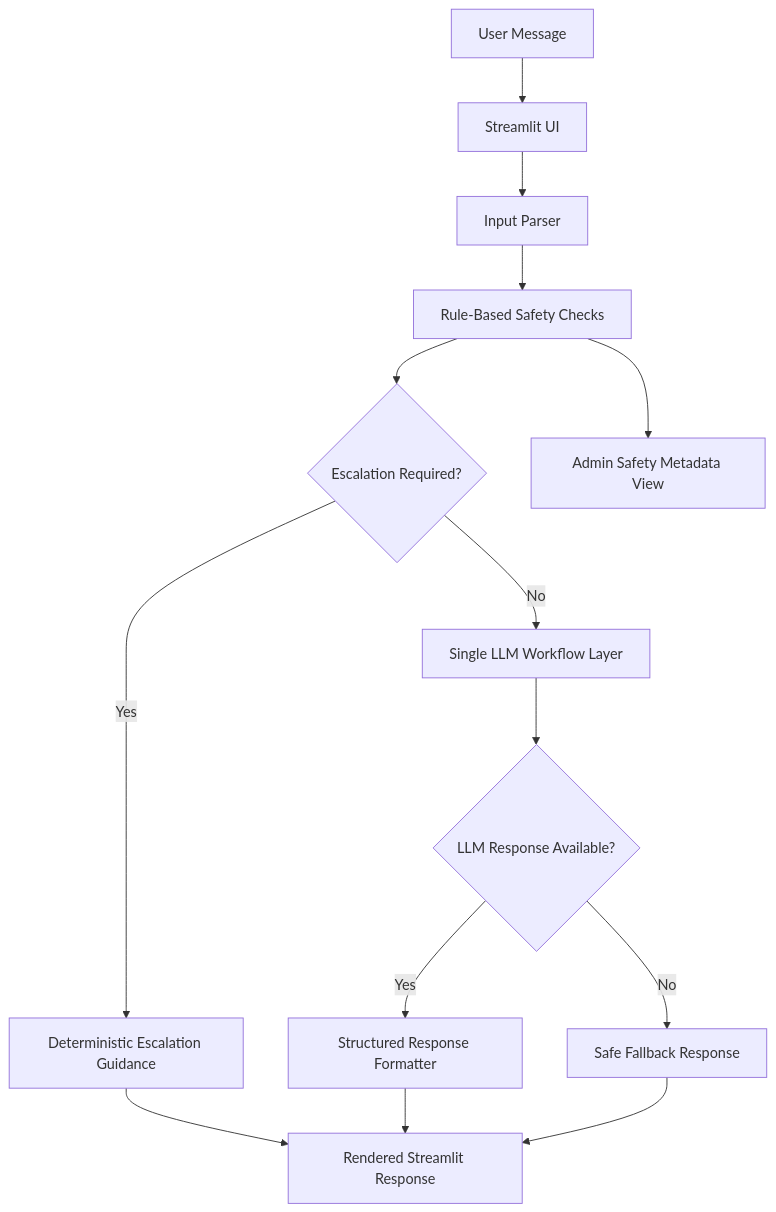
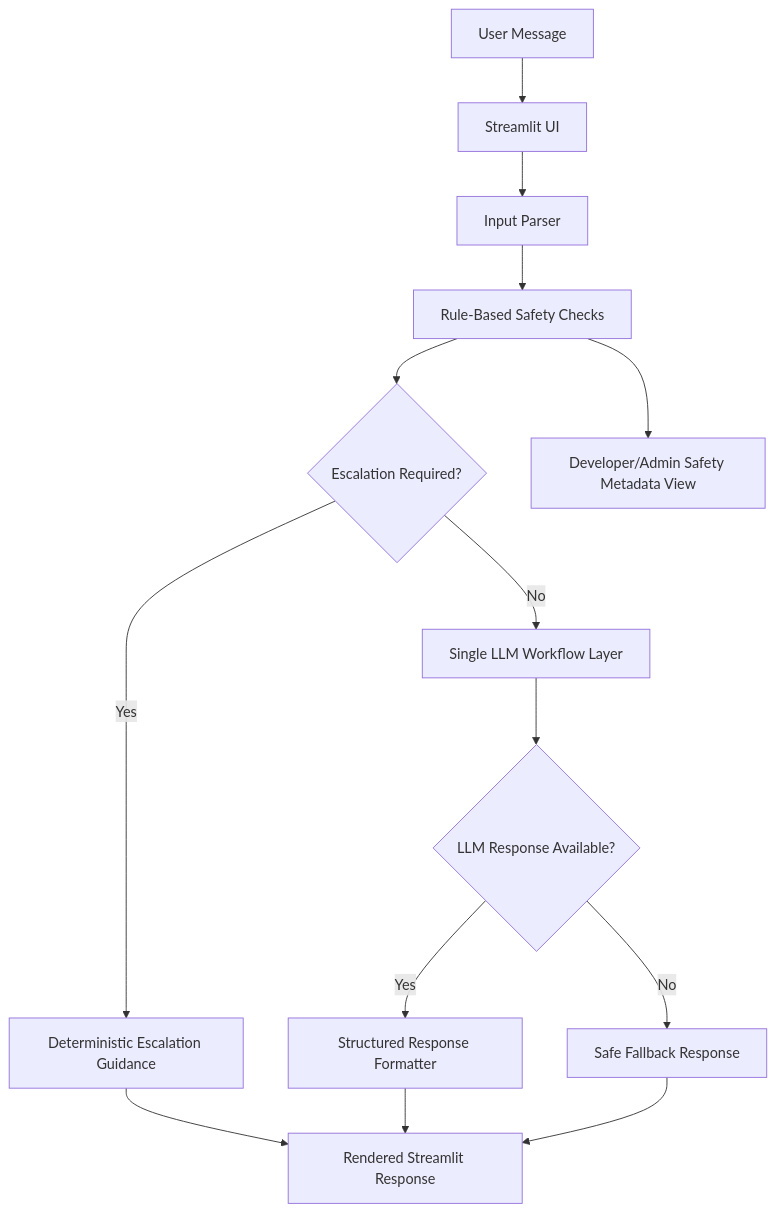
The diagram in README.md (Maverick-Stan/maseru_health-support_ai), drawn with Mermaid before and after one commit. The commit also changed other lines of this file, not shown here.

````diff
--- a/README.md
+++ b/README.md
@@ -54,21 +67,21 @@
 ```mermaid
 flowchart TD
-    A["User Message"] --> B["Streamlit UI"]
-    B --> C["Input Parser"]
-    C --> D["Rule-Based Safety Checks"]
-    D --> E{"Escalation Required?"}
+    A[User Message] --> B[Streamlit UI]
+    B --> C[Input Parser]
+    C --> D[Rule-Based Safety Checks]
+    D --> E{Escalation Required?}
 
-    E -->|Yes| F["Deterministic Escalation Guidance"]
-    E -->|No| G["Single LLM Workflow Layer"]
+    E -->|Yes| F[Deterministic Escalation Guidance]
+    E -->|No| G[Single LLM Workflow Layer]
 
-    G --> H{"LLM Response Available?"}
+    G --> H{LLM Response Available?}
 
-    H -->|Yes| I["Structured Response Formatter"]
-    H -->|No| J["Safe Fallback Response"]
+    H -->|Yes| I[Structured Response Formatter]
+    H -->|No| J[Safe Fallback Response]
 
-    F --> K["Rendered Streamlit Response"]
+    F --> K[Rendered Streamlit Response]
     I --> K
     J --> K
 
-    D --> L["Admin Safety Metadata View"]
+    D --> L[Developer/Admin Safety Metadata View]
 ```
````
